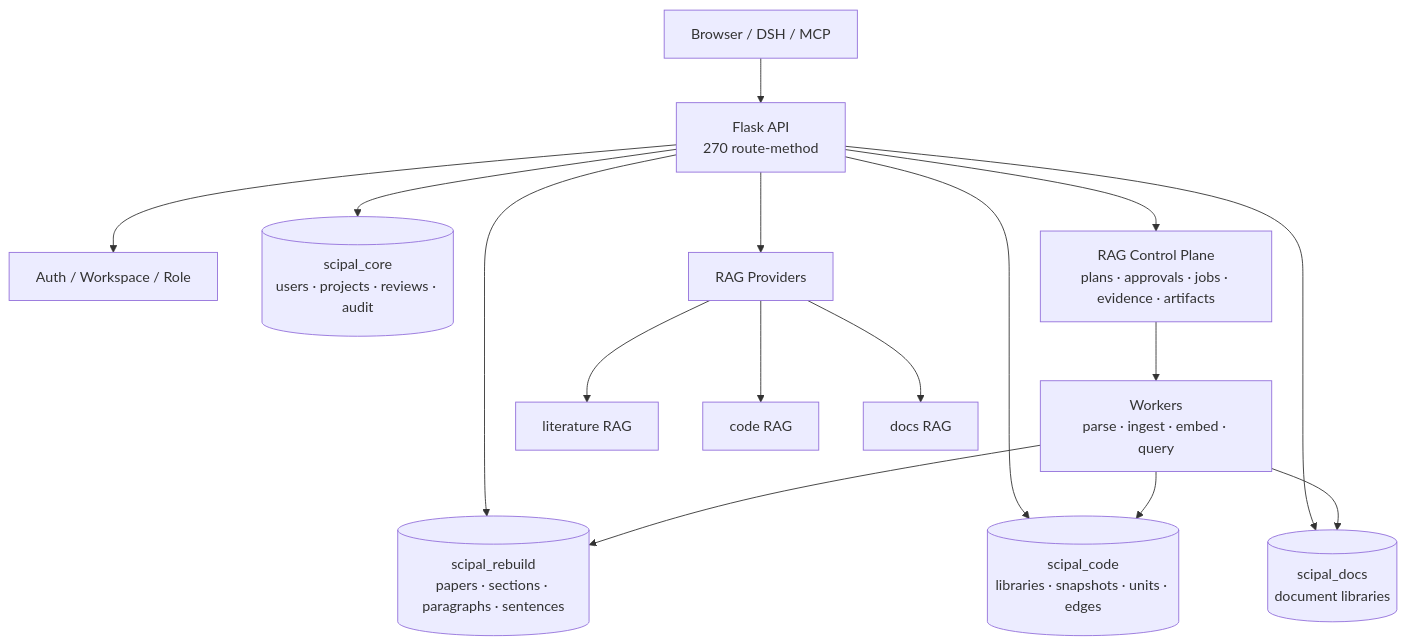
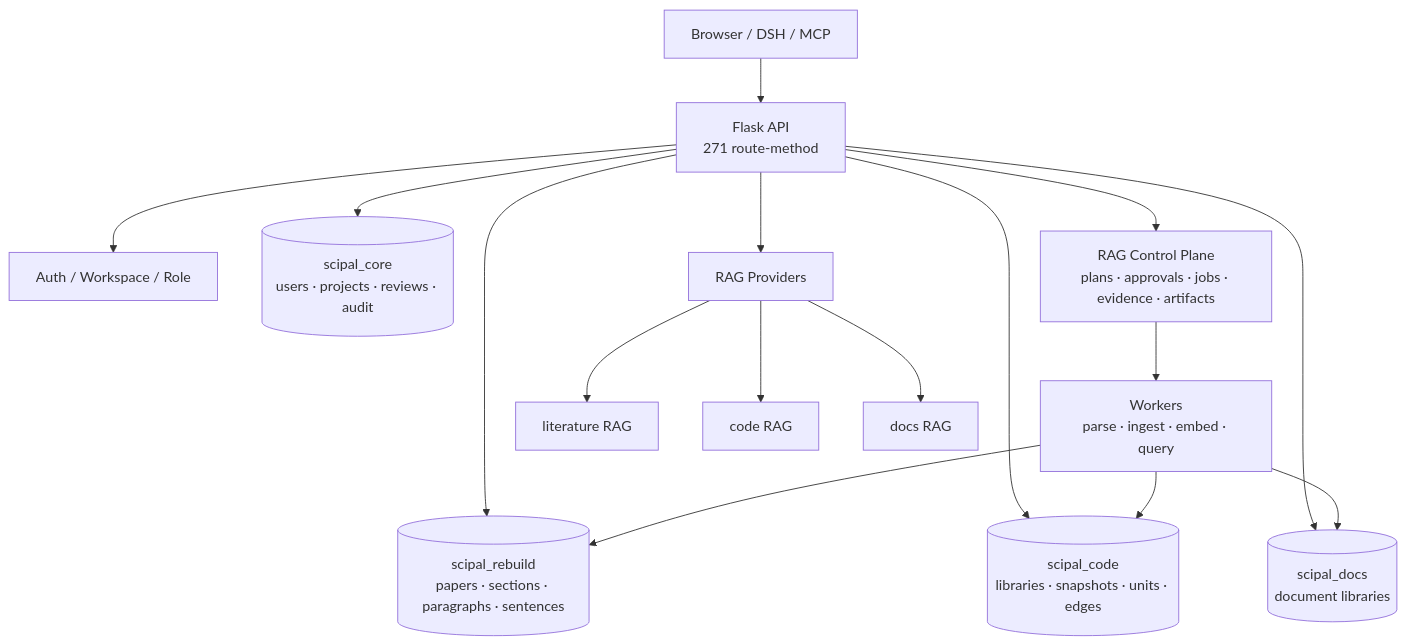
One commit to williamchen520/sci-pal changed the first of 2 diagrams in README.md. Above: the diagram before and after it, drawn with Mermaid. The commit also changed other lines of this file and 13 other files, not shown here.

````diff
--- a/README.md
+++ b/README.md
@@ -77,20 +77,20 @@
 ```mermaid
 flowchart TB
-    U["Browser / DSH / MCP"] --> API["Flask API<br/>270 route-method"]
+    U["Browser / DSH / MCP"] --> API["Flask API<br/>271 route-method"]
     API --> AUTH["Auth / Workspace / Role"]
     API --> CORE[("scipal_core<br/>users · projects · reviews · audit")]
     API --> CORPUS[("scipal_rebuild<br/>papers · sections · paragraphs · sentences")]
     API --> CODE[("scipal_code<br/>libraries · snapshots · units · edges")]
     API --> DOCS[("scipal_docs<br/>document libraries")]
 
     API --> CP["RAG Control Plane<br/>plans · approvals · jobs · evidence · artifacts"]
     CP --> WORKER["Workers<br/>parse · ingest · embed · query"]
     WORKER --> CORPUS
     WORKER --> CODE
     WORKER --> DOCS
 
     API --> PROV["RAG Providers"]
     PROV --> LIT["literature RAG"]
     PROV --> CRAG["code RAG"]
     PROV --> DRAG["docs RAG"]
 ```
````
